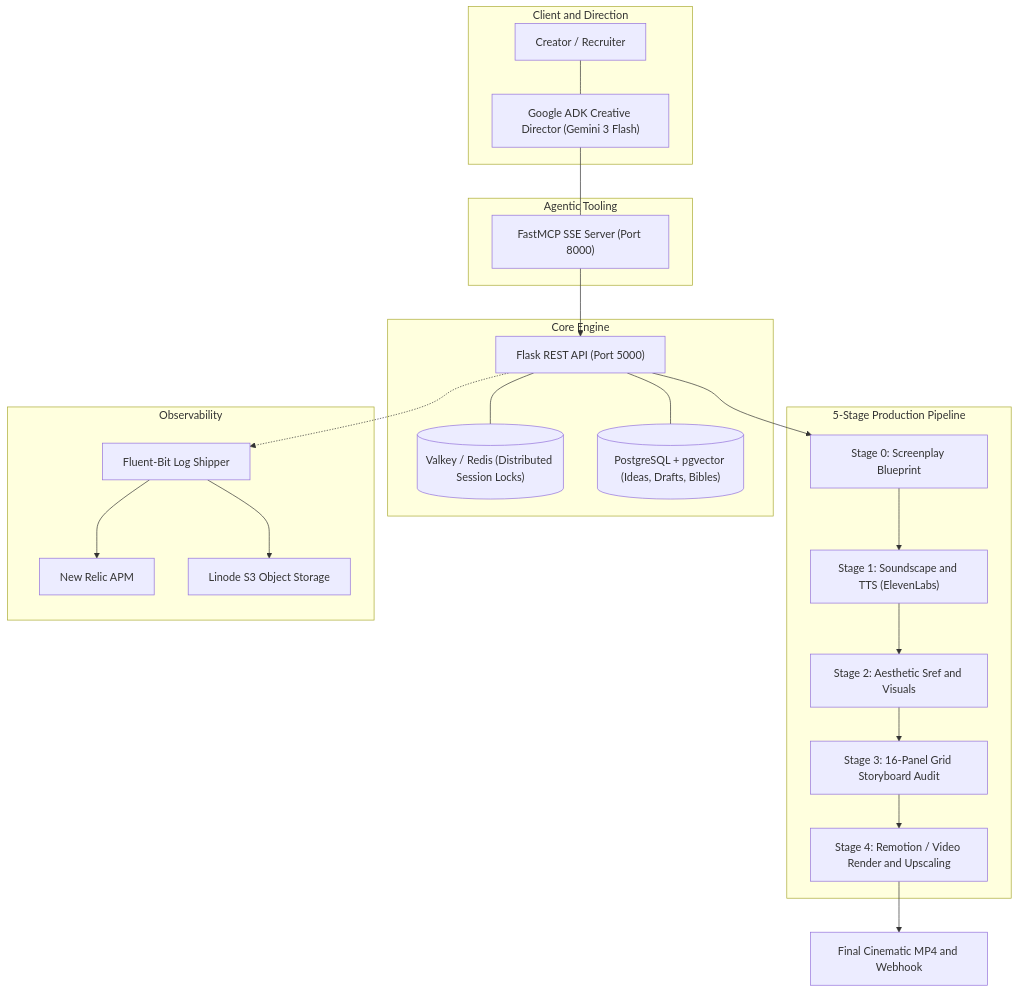
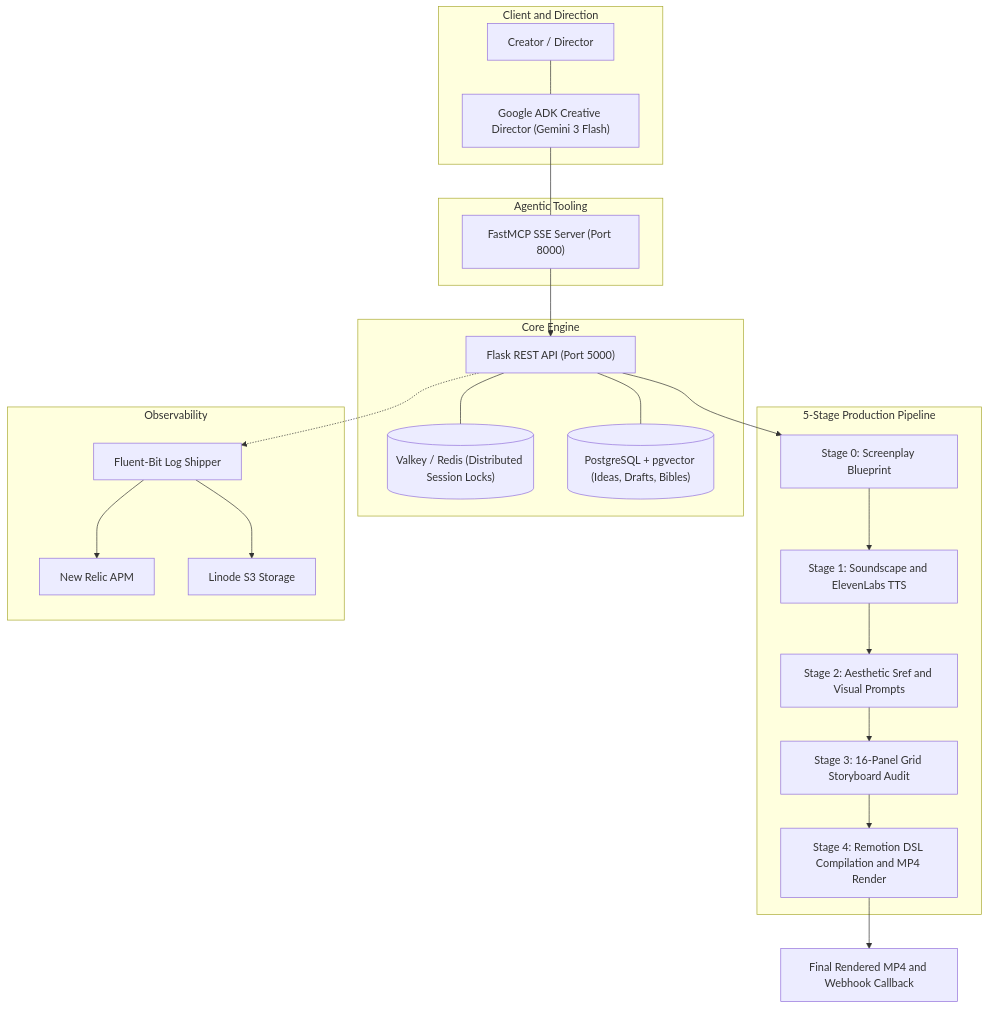
The diagram in README.md (divinenaman/text-to-video-workflow), drawn with Mermaid before and after one commit. The commit also changed other lines of this file and 1 other file, not shown here.

Commit message:
docs: streamline README, add Remotion DSL details and YouTube links, remove video file from repo

````diff
--- a/README.md
+++ b/README.md
@@ -55,43 +49,43 @@
 ```mermaid
 flowchart TD
-    subgraph ClientDirection["Client and Direction"]
-        User["Creator / Recruiter"]
+    subgraph ClientDirection ["Client and Direction"]
+        User["Creator / Director"]
         Agent["Google ADK Creative Director (Gemini 3 Flash)"]
         User --- Agent
     end
 
-    subgraph AgenticTooling["Agentic Tooling"]
+    subgraph AgenticTooling ["Agentic Tooling"]
         MCP["FastMCP SSE Server (Port 8000)"]
         Agent --- MCP
     end
 
-    subgraph CoreEngine["Core Engine"]
+    subgraph CoreEngine ["Core Engine"]
         API["Flask REST API (Port 5000)"]
         MCP --> API
         Valkey[("Valkey / Redis (Distributed Session Locks)")]
         DB[("PostgreSQL + pgvector (Ideas, Drafts, Bibles)")]
         API --- Valkey
         API --- DB
     end
 
-    subgraph Pipeline["5-Stage Production Pipeline"]
+    subgraph Pipeline ["5-Stage Production Pipeline"]
         S0["Stage 0: Screenplay Blueprint"]
-        S1["Stage 1: Soundscape and TTS (ElevenLabs)"]
-        S2["Stage 2: Aesthetic Sref and Visuals"]
+        S1["Stage 1: Soundscape and ElevenLabs TTS"]
+        S2["Stage 2: Aesthetic Sref and Visual Prompts"]
         S3["Stage 3: 16-Panel Grid Storyboard Audit"]
-        S4["Stage 4: Remotion / Video Render and Upscaling"]
+        S4["Stage 4: Remotion DSL Compilation and MP4 Render"]
         S0 --> S1 --> S2 --> S3 --> S4
     end
 
     API --> S0
-    S4 --> Output["Final Cinematic MP4 and Webhook"]
+    S4 --> Output["Final Rendered MP4 and Webhook Callback"]
 
-    subgraph Observability["Observability"]
+    subgraph Observability ["Observability"]
         FB["Fluent-Bit Log Shipper"]
         NR["New Relic APM"]
-        S3Storage["Linode S3 Object Storage"]
+        S3Storage["Linode S3 Storage"]
         API -.-> FB
         FB --> NR
         FB --> S3Storage
     end
 ```
````
